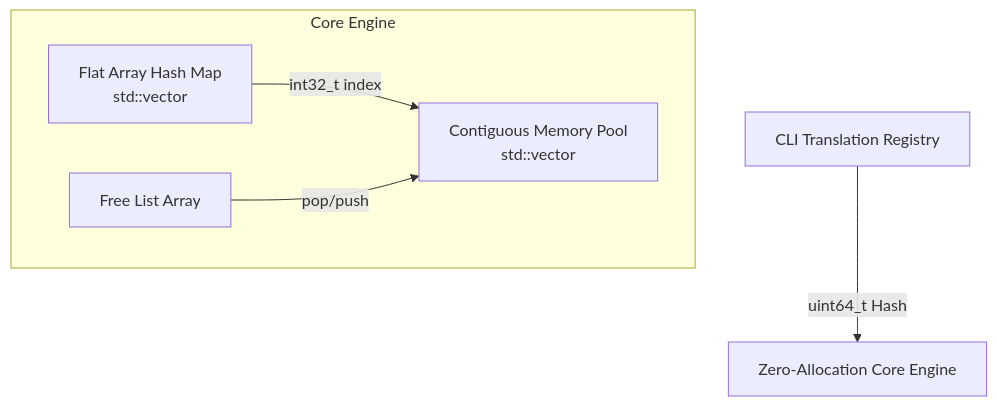
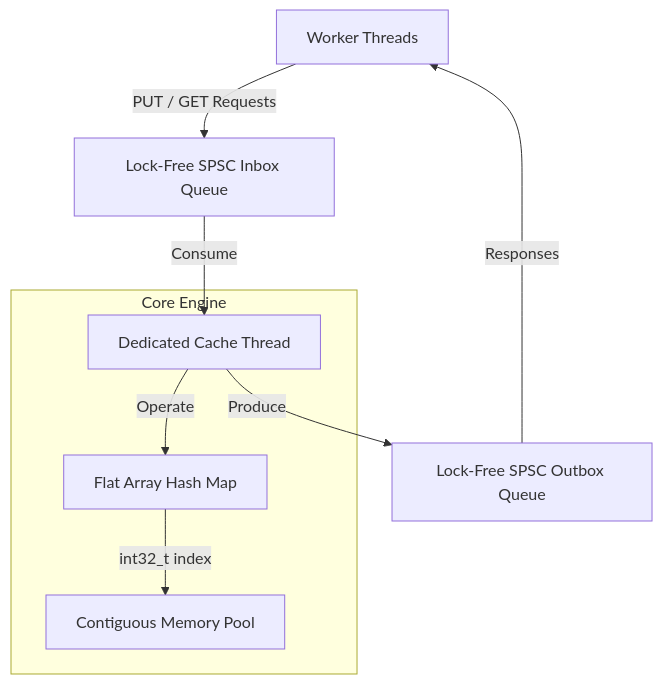
The diagram in README.md (TY-SO-N/LRU_Cache), drawn with Mermaid before and after one commit. The commit also changed other lines of this file and 8 other files, not shown here.

Commit message:
feat: implement Lock-Free SPSC Ring Buffer for async cache architecture and update documentation

````diff
--- a/README.md
+++ b/README.md
@@ -67,10 +76,13 @@
 ```mermaid
 graph TD
-    UI[CLI Translation Registry] -->|uint64_t Hash| Core[Zero-Allocation Core Engine]
+    Worker[Worker Threads] -->|PUT / GET Requests| Inbox[Lock-Free SPSC Inbox Queue]
+    Inbox -->|Consume| CacheThread[Dedicated Cache Thread]
     
     subgraph Core Engine
-        HM[Flat Array Hash Map<br/>std::vector<int32_t>] -->|int32_t index| MP
-        MP[Contiguous Memory Pool<br/>std::vector<Node>] 
-        FL[Free List Array] -->|pop/push| MP
+        CacheThread -->|Operate| HM[Flat Array Hash Map]
+        HM -->|int32_t index| MP[Contiguous Memory Pool]
     end
+    
+    CacheThread -->|Produce| Outbox[Lock-Free SPSC Outbox Queue]
+    Outbox -->|Responses| Worker
 ```
````
